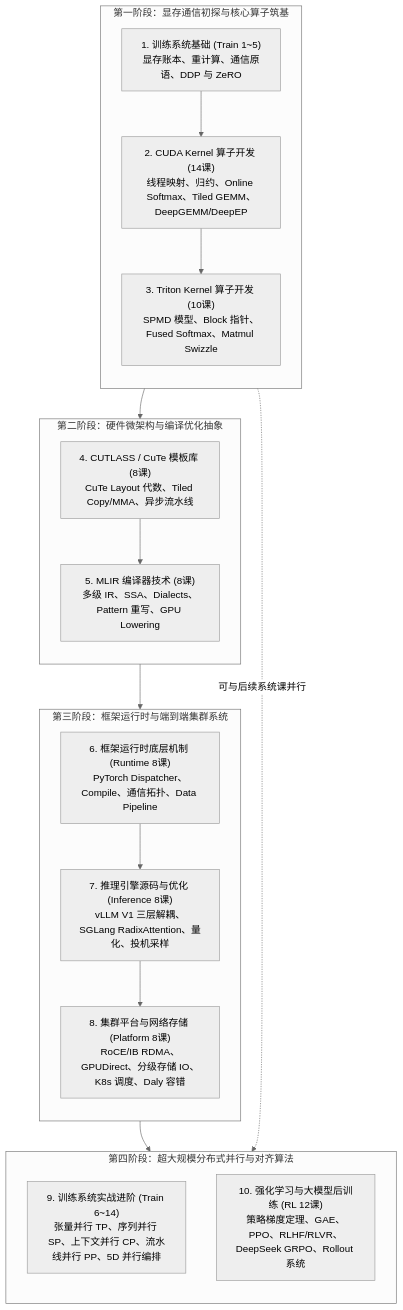
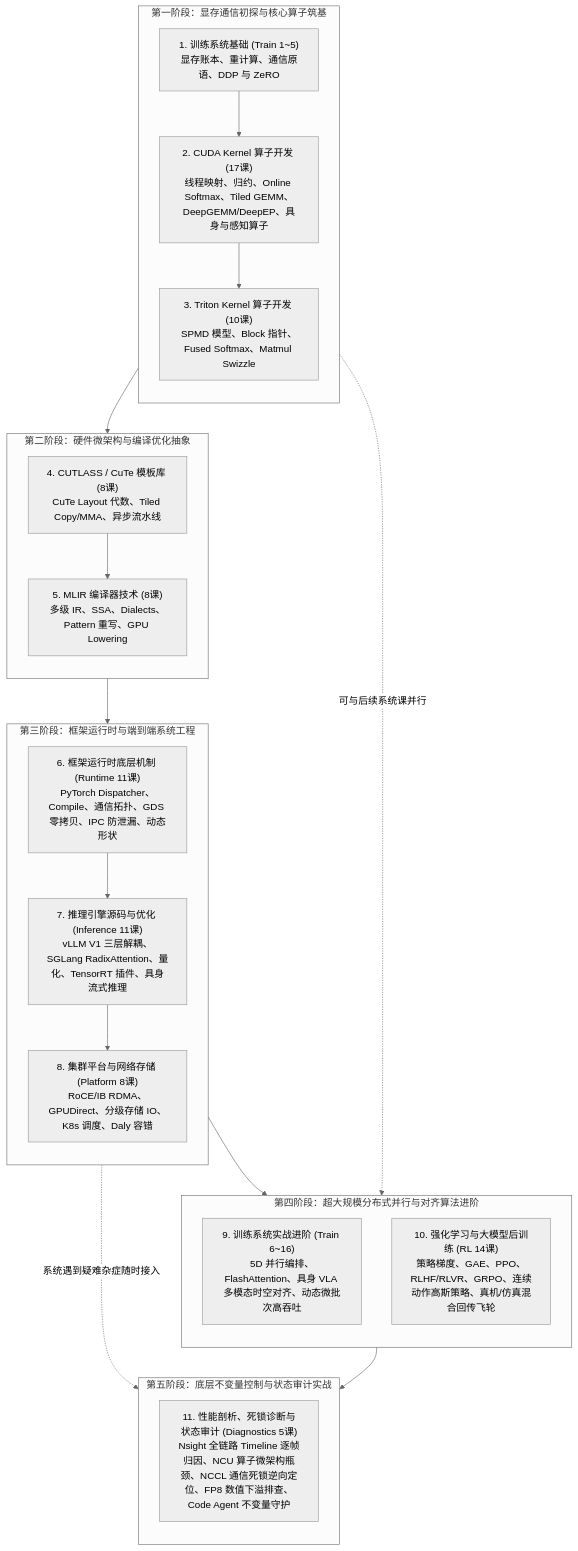
Before and after one commit to hsthanb4/hpclearning: the diagram in index.qmd, drawn with Mermaid (neutral theme). The commit also changed other lines of this file and 28 other files, not shown here.

````diff
--- a/index.qmd
+++ b/index.qmd
@@ -31,34 +31,40 @@
 ```{mermaid}
 flowchart TD
     subgraph Phase1["第一阶段：显存通信初探与核心算子筑基"]
         direction TB
         P1_Train["1. 训练系统基础 (Train 1~5)<br>显存账本、重计算、通信原语、DDP 与 ZeRO"]
-        P1_CUDA["2. CUDA Kernel 算子开发 (14课)<br>线程映射、归约、Online Softmax、Tiled GEMM、DeepGEMM/DeepEP"]
+        P1_CUDA["2. CUDA Kernel 算子开发 (17课)<br>线程映射、归约、Online Softmax、Tiled GEMM、DeepGEMM/DeepEP、具身与感知算子"]
         P1_Triton["3. Triton Kernel 算子开发 (10课)<br>SPMD 模型、Block 指针、Fused Softmax、Matmul Swizzle"]
         P1_Train --> P1_CUDA --> P1_Triton
     end
 
     subgraph Phase2["第二阶段：硬件微架构与编译优化抽象"]
         direction TB
         P2_CUTLASS["4. CUTLASS / CuTe 模板库 (8课)<br>CuTe Layout 代数、Tiled Copy/MMA、异步流水线"]
         P2_MLIR["5. MLIR 编译器技术 (8课)<br>多级 IR、SSA、Dialects、Pattern 重写、GPU Lowering"]
         P2_CUTLASS --> P2_MLIR
     end
 
-    subgraph Phase3["第三阶段：框架运行时与端到端集群系统"]
+    subgraph Phase3["第三阶段：框架运行时与端到端系统工程"]
         direction TB
-        P3_Runtime["6. 框架运行时底层机制 (Runtime 8课)<br>PyTorch Dispatcher、Compile、通信拓扑、Data Pipeline"]
-        P3_Inference["7. 推理引擎源码与优化 (Inference 8课)<br>vLLM V1 三层解耦、SGLang RadixAttention、量化、投机采样"]
+        P3_Runtime["6. 框架运行时底层机制 (Runtime 11课)<br>PyTorch Dispatcher、Compile、通信拓扑、GDS 零拷贝、IPC 防泄漏、动态形状"]
+        P3_Inference["7. 推理引擎源码与优化 (Inference 11课)<br>vLLM V1 三层解耦、SGLang RadixAttention、量化、TensorRT 插件、具身流式推理"]
         P3_Platform["8. 集群平台与网络存储 (Platform 8课)<br>RoCE/IB RDMA、GPUDirect、分级存储 IO、K8s 调度、Daly 容错"]
         P3_Runtime --> P3_Inference --> P3_Platform
     end
 
-    subgraph Phase4["第四阶段：超大规模分布式并行与对齐算法"]
+    subgraph Phase4["第四阶段：超大规模分布式并行与对齐算法进阶"]
         direction TB
-        P4_Train["9. 训练系统实战进阶 (Train 6~14)<br>张量并行 TP、序列并行 SP、上下文并行 CP、流水线并行 PP、5D 并行编排"]
-        P4_RL["10. 强化学习与大模型后训练 (RL 12课)<br>策略梯度定理、GAE、PPO、RLHF/RLVR、DeepSeek GRPO、Rollout 系统"]
+        P4_Train["9. 训练系统实战进阶 (Train 6~16)<br>5D 并行编排、FlashAttention、具身 VLA 多模态时空对齐、动态微批次高吞吐"]
+        P4_RL["10. 强化学习与大模型后训练 (RL 14课)<br>策略梯度、GAE、PPO、RLHF/RLVR、GRPO、连续动作高斯策略、真机/仿真混合回传飞轮"]
     end
 
-    Phase1 --> Phase2 --> Phase3 --> Phase4
+    subgraph Phase5["第五阶段：底层不变量控制与状态审计实战"]
+        direction TB
+        P5_Diag["11. 性能剖析、死锁诊断与状态审计 (Diagnostics 5课)<br>Nsight 全链路 Timeline 逐帧归因、NCU 算子微架构瓶颈、NCCL 通信死锁逆向定位、FP8 数值下溢排查、Code Agent 不变量守护"]
+    end
+
+    Phase1 --> Phase2 --> Phase3 --> Phase4 --> Phase5
     P1_Train -.->|"可与后续系统课并行"| P4_RL
+    Phase3 -.->|"系统遇到疑难杂症随时接入"| Phase5
 ```
````
